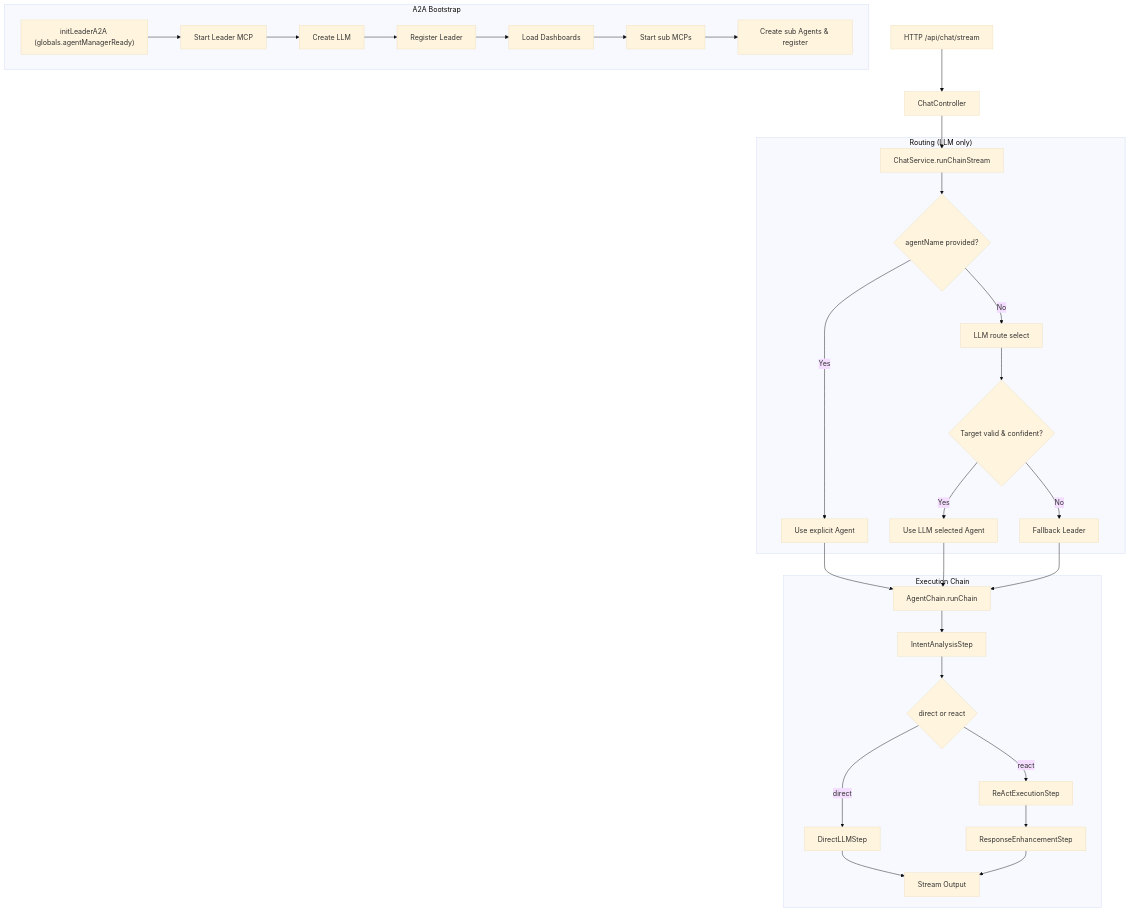
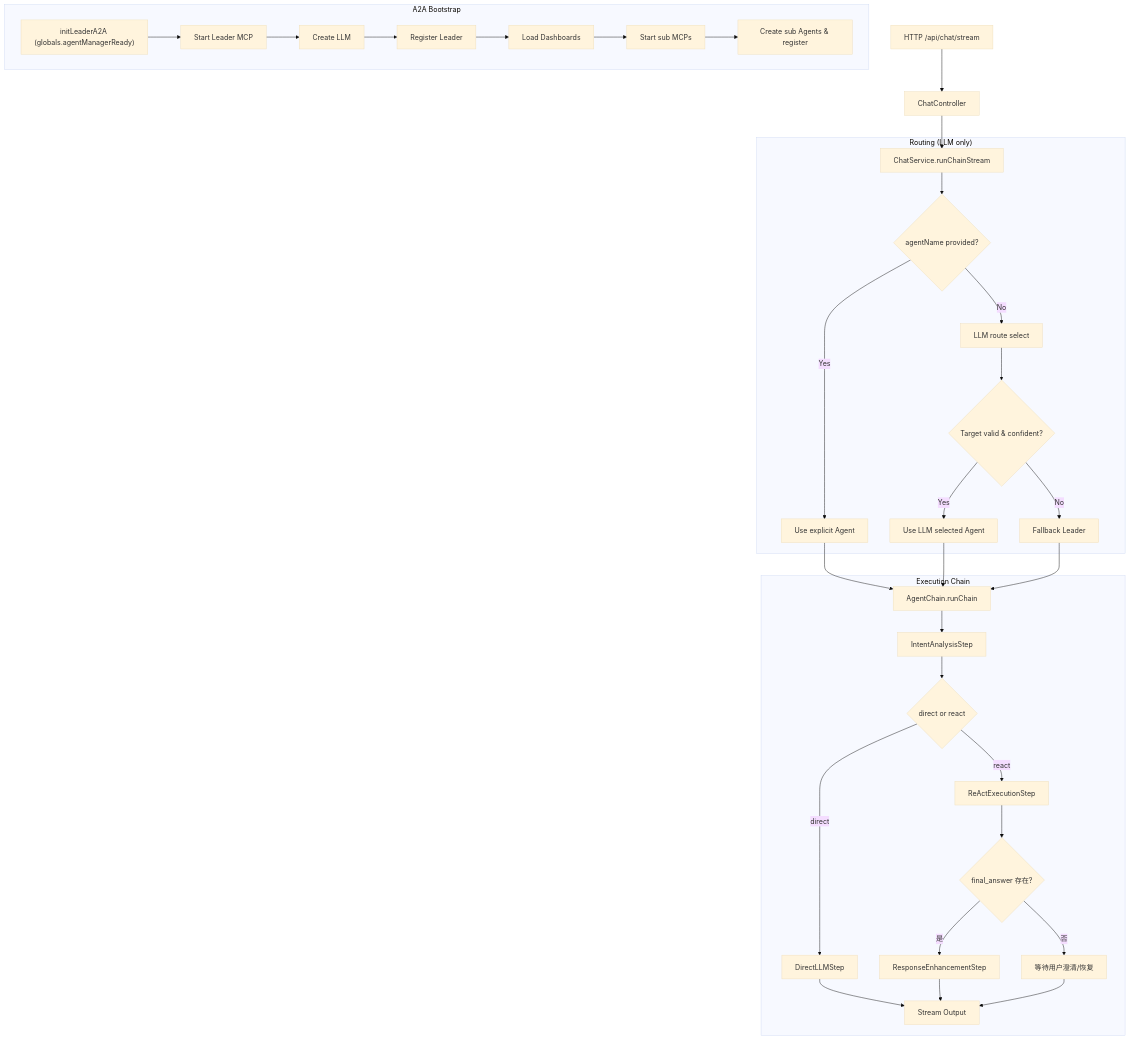
Before and after one commit to seemrcola/bot-server: the diagram in docs/a2a-flow.md, drawn with Mermaid (base theme). The commit also changed 9 other files, not shown here.

````diff
--- a/docs/a2a-flow.md
+++ b/docs/a2a-flow.md
@@ -3,40 +3,43 @@
 ```mermaid
 flowchart TD
   %% Entry
   A["HTTP /api/chat/stream"] --> B["ChatController"]
   B --> C["ChatService.runChainStream"]
 
   %% Routing (LLM only)
   subgraph ROUTE["Routing (LLM only)"]
     C --> D{"agentName provided?"}
     D -- "Yes" --> E["Use explicit Agent"]
     D -- "No"  --> F["LLM route select"]
     F --> G{"Target valid & confident?"}
     G -- "Yes" --> H["Use LLM selected Agent"]
     G -- "No"  --> L["Fallback Leader"]
   end
 
   %% Execution Chain
   subgraph EXEC["Execution Chain"]
     H --> M["AgentChain.runChain"]
     E --> M
     L --> M
     M --> N["IntentAnalysisStep"]
     N --> O{"direct or react"}
     O -- "direct" --> P["DirectLLMStep"]
     O -- "react"  --> Q["ReActExecutionStep"]
-    Q --> R["ResponseEnhancementStep"]
+    Q --> R{"final_answer 存在?"}
+    R -- "是" --> S1["ResponseEnhancementStep"]
+    R -- "否" --> S2["等待用户澄清/恢复"]
+    S1 --> S
+    S2 --> S
     P --> S["Stream Output"]
-    R --> S
   end
 
   %% Bootstrap
   subgraph BOOT["A2A Bootstrap"]
     T["initLeaderA2A (globals.agentManagerReady)"] --> U["Start Leader MCP"]
     U --> V["Create LLM"]
     V --> W["Register Leader"]
     W --> X["Load Dashboards"]
     X --> Y["Start sub MCPs"]
     Y --> Z["Create sub Agents & register"]
   end
 ```
````
